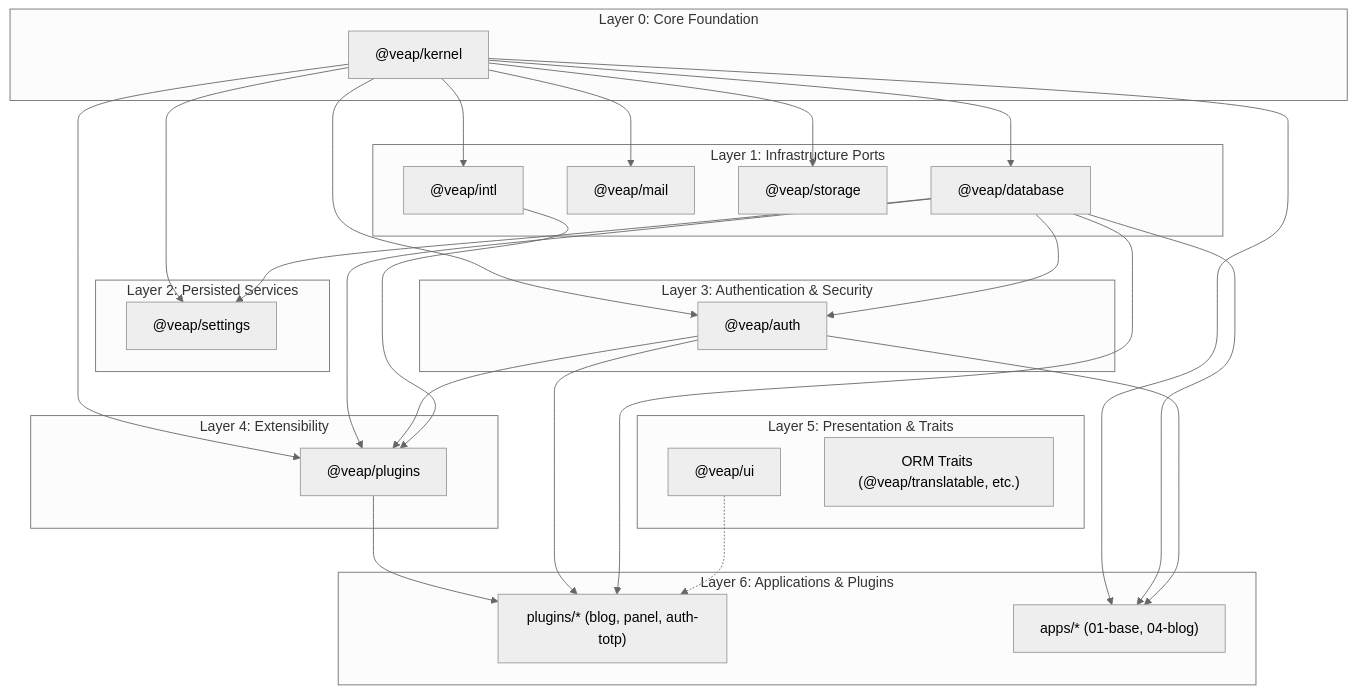
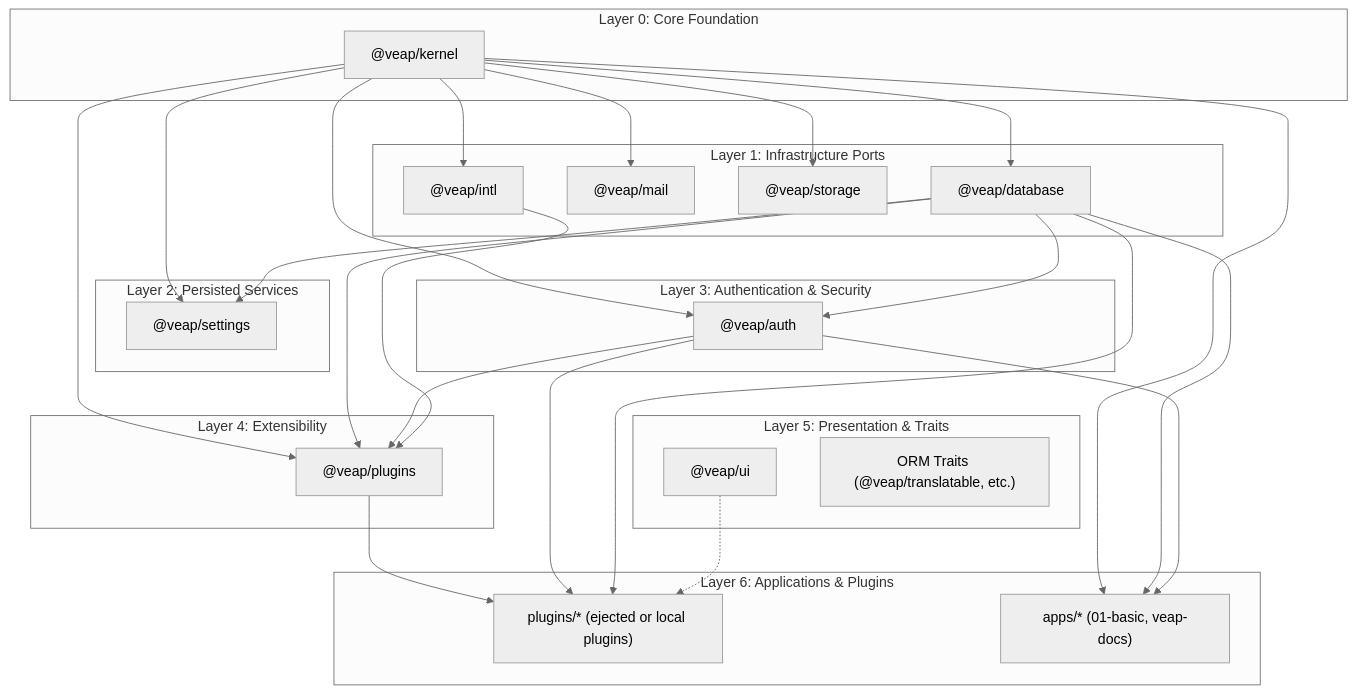
The diagram in docs/maintainer-notes/architecture.md (codewebs-org/veap), drawn with Mermaid (neutral theme) before and after one commit. The commit also changed other lines of this file and 19 other files, not shown here.

````diff
--- a/docs/maintainer-notes/architecture.md
+++ b/docs/maintainer-notes/architecture.md
@@ -66,60 +63,60 @@
 ```mermaid
 flowchart TD
   subgraph Layer0["Layer 0: Core Foundation"]
     Kernel["@veap/kernel"]
   end
 
   subgraph Layer1["Layer 1: Infrastructure Ports"]
     Database["@veap/database"]
     Mail["@veap/mail"]
     Storage["@veap/storage"]
     Intl["@veap/intl"]
   end
 
   subgraph Layer2["Layer 2: Persisted Services"]
     Settings["@veap/settings"]
   end
 
   subgraph Layer3["Layer 3: Authentication & Security"]
     Auth["@veap/auth"]
   end
 
   subgraph Layer4["Layer 4: Extensibility"]
     Plugins["@veap/plugins"]
   end
 
   subgraph Layer5["Layer 5: Presentation & Traits"]
     UI["@veap/ui"]
     Traits["ORM Traits (@veap/translatable, etc.)"]
   end
 
   subgraph Layer6["Layer 6: Applications & Plugins"]
-    AppPlugins["plugins/* (blog, panel, auth-totp)"]
-    Apps["apps/* (01-base, 04-blog)"]
+    AppPlugins["plugins/* (ejected or local plugins)"]
+    Apps["apps/* (01-basic, veap-docs)"]
   end
 
   Kernel --> Database
   Kernel --> Mail
   Kernel --> Storage
   Kernel --> Intl
 
   Kernel --> Settings
   Database --> Settings
 
   Kernel --> Auth
   Database --> Auth
 
   Kernel --> Plugins
   Database --> Plugins
   Auth --> Plugins
   Intl --> Plugins
 
   Plugins --> AppPlugins
   Auth --> AppPlugins
   Database --> AppPlugins
   UI -.-> AppPlugins
 
   Kernel --> Apps
   Database --> Apps
   Auth --> Apps
 ```
````
